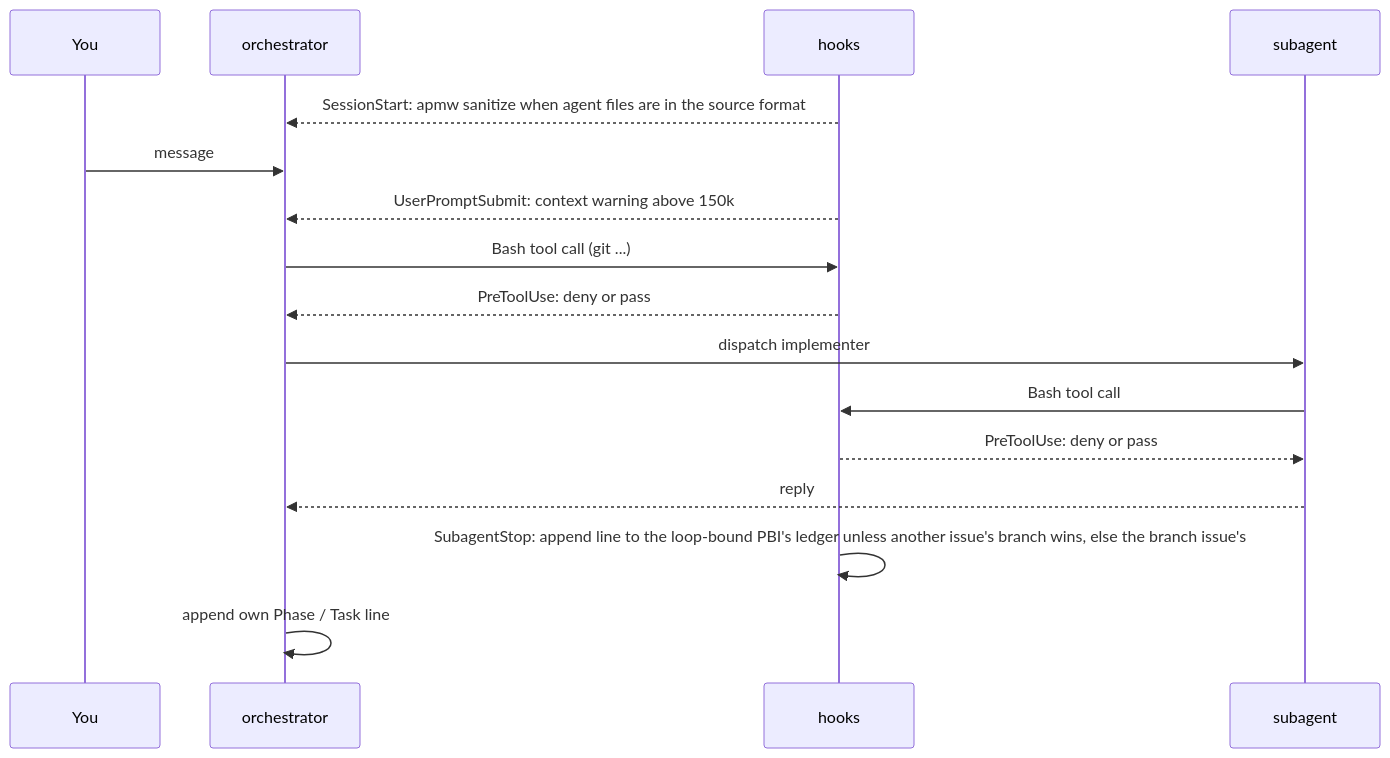
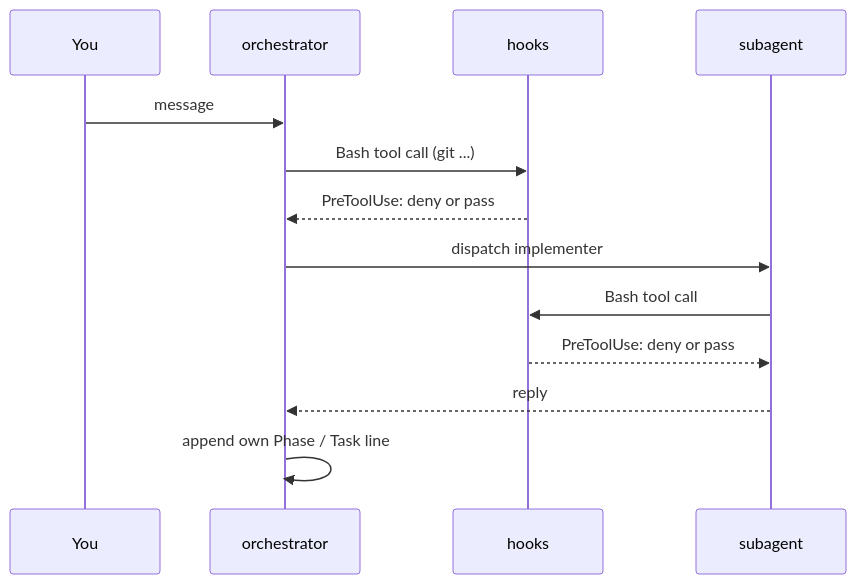
Diagram 11 of 11 in docs/orchestrator.md (GravionLabs/apm-hub), drawn with Mermaid before and after one commit. The commit also changed other lines of this file and 52 other files, not shown here.

````diff
--- a/docs/orchestrator.md
+++ b/docs/orchestrator.md
@@ -397,18 +392,15 @@
 ```mermaid
 sequenceDiagram
     participant U as You
     participant O as orchestrator
     participant H as hooks
     participant S as subagent
-    H-->>O: SessionStart: apmw sanitize when agent files are in the source format
     U->>O: message
-    H-->>O: UserPromptSubmit: context warning above 150k
     O->>H: Bash tool call (git ...)
     H-->>O: PreToolUse: deny or pass
     O->>S: dispatch implementer
     S->>H: Bash tool call
     H-->>S: PreToolUse: deny or pass
     S-->>O: reply
-    H->>H: SubagentStop: append line to the loop-bound PBI's ledger unless another issue's branch wins, else the branch issue's
     O->>O: append own Phase / Task line
 ```
````
